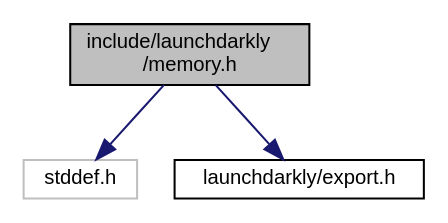
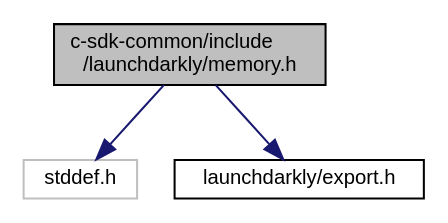
The diagram in memory_8h__incl.dot (launchdarkly/c-server-sdk), drawn with Graphviz before and after one commit. The commit also changed 43 other files, not shown here.

```diff
--- a/memory_8h__incl.dot
+++ b/memory_8h__incl.dot
@@ -1,10 +1,10 @@
-digraph "include/launchdarkly/memory.h"
+digraph "c-sdk-common/include/launchdarkly/memory.h"
 {
   edge [fontname="Helvetica",fontsize="10",labelfontname="Helvetica",labelfontsize="10"];
   node [fontname="Helvetica",fontsize="10",shape=record];
-  Node0 [label="include/launchdarkly\l/memory.h",height=0.2,width=0.4,color="black", fillcolor="grey75", style="filled", fontcolor="black"];
+  Node0 [label="c-sdk-common/include\l/launchdarkly/memory.h",height=0.2,width=0.4,color="black", fillcolor="grey75", style="filled", fontcolor="black"];
   Node0 -> Node1 [color="midnightblue",fontsize="10",style="solid",fontname="Helvetica"];
   Node1 [label="stddef.h",height=0.2,width=0.4,color="grey75", fillcolor="white", style="filled"];
   Node0 -> Node2 [color="midnightblue",fontsize="10",style="solid",fontname="Helvetica"];
   Node2 [label="launchdarkly/export.h",height=0.2,width=0.4,color="black", fillcolor="white", style="filled",URL="$export_8h.html",tooltip="Public. Configuration of exported symbols. "];
 }
```
